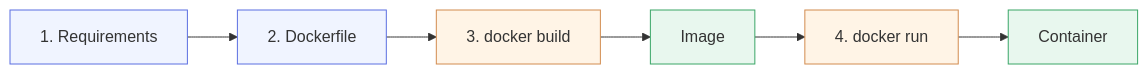
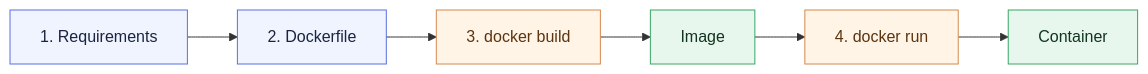
One commit to LinkedInLearning/docker-for-local-ai-app-development-build-lightweight-containerized-ai-applications-11189001 changed the first of 3 diagrams in chapter_2/l1/README.md. Above: the diagram before and after it, drawn with Mermaid. The commit also changed other lines of this file and 25 other files, not shown here.

````diff
--- a/chapter_2/l1/README.md
+++ b/chapter_2/l1/README.md
@@ -21,16 +21,16 @@
 ```mermaid
 flowchart LR
     A[1. Requirements] --> B[2. Dockerfile]
     B --> C[3. docker build]
     C --> D[Image]
     D --> E[4. docker run]
     E --> F[Container]
 
-    classDef artifact fill:#f0f4ff,stroke:#5b6ee1,stroke-width:1px;
-    classDef action   fill:#fff4e6,stroke:#d28b4f,stroke-width:1px;
-    classDef runtime  fill:#e8f7ee,stroke:#3aa667,stroke-width:1px;
+    classDef artifact fill:#f0f4ff,stroke:#5b6ee1,stroke-width:1px,color:#1a2440;
+    classDef action   fill:#fff4e6,stroke:#d28b4f,stroke-width:1px,color:#5c3410;
+    classDef runtime  fill:#e8f7ee,stroke:#3aa667,stroke-width:1px,color:#12341f;
 
     class A,B artifact
     class C,E action
     class D,F runtime
 ```
````
